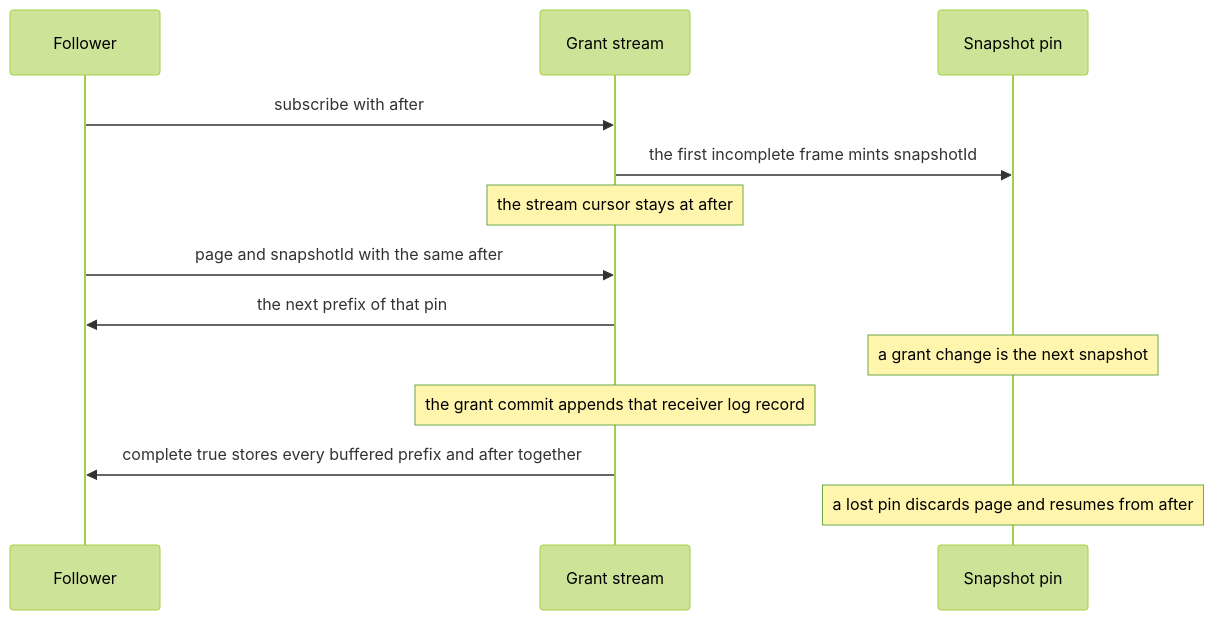
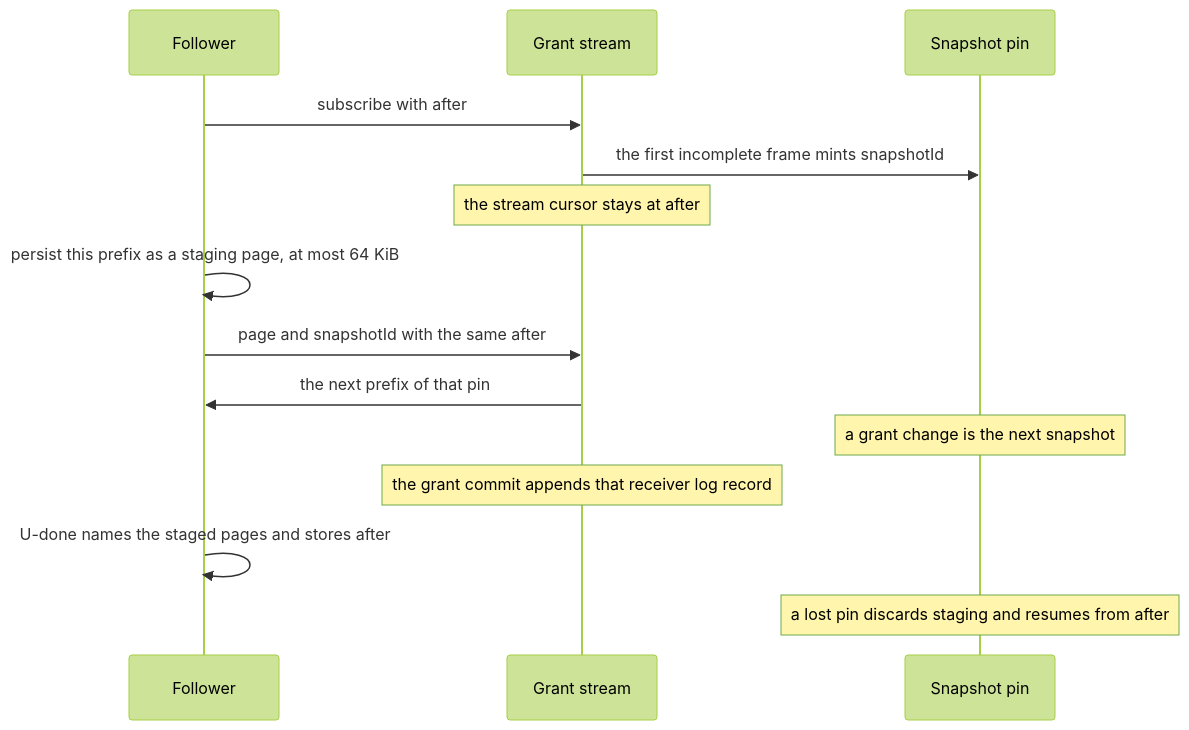
One commit to nessalabs/nessa-agent changed the seventh of 9 diagrams in docs/design/access-grants.md. Above: the diagram before and after it, drawn with Mermaid (forest theme). The commit also changed other lines of this file, not shown here.

First line of the commit message:
Carry every reset field, and stage every follower copy

````diff
--- a/docs/design/access-grants.md
+++ b/docs/design/access-grants.md
@@ -1252,15 +1272,16 @@
 ```mermaid
 sequenceDiagram
   participant Follower
   participant Stream as Grant stream
   participant Pin as Snapshot pin
   Follower->>Stream: subscribe with after
   Stream->>Pin: the first incomplete frame mints snapshotId
   Note over Stream: the stream cursor stays at after
+  Follower->>Follower: persist this prefix as a staging page, at most 64 KiB
   Follower->>Stream: page and snapshotId with the same after
   Stream->>Follower: the next prefix of that pin
   Note over Pin: a grant change is the next snapshot
   Note over Stream: the grant commit appends that receiver log record
-  Stream->>Follower: complete true stores every buffered prefix and after together
-  Note over Pin: a lost pin discards page and resumes from after
+  Follower->>Follower: U-done names the staged pages and stores after
+  Note over Pin: a lost pin discards staging and resumes from after
 ```
````
